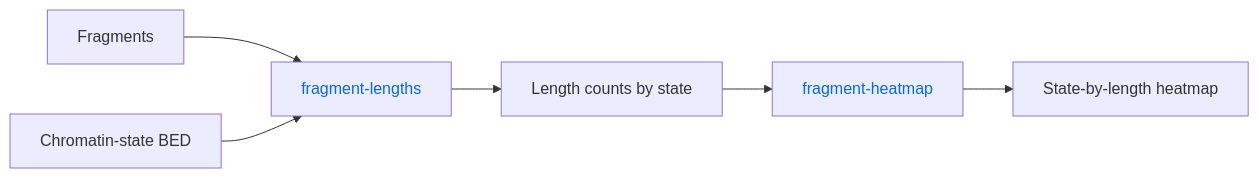
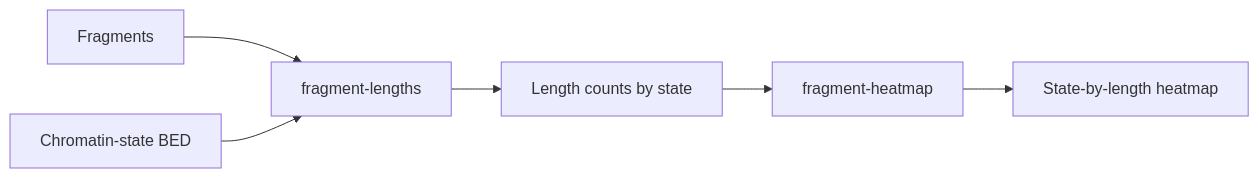
One commit to adjohnston85/NucleoSuite changed diagram 15 of 18 in docs/WORKFLOWS.md. Above: the diagram before and after it, drawn with Mermaid. The commit also changed other lines of this file and 84 other files, not shown here.

````diff
--- a/docs/WORKFLOWS.md
+++ b/docs/WORKFLOWS.md
@@ -403,13 +352,8 @@
 ```mermaid
 flowchart LR
     A[Fragments] --> C[fragment-lengths]
     B[Chromatin-state BED] --> C
     C --> D[Length counts by state]
     D --> E[fragment-heatmap]
     E --> F[State-by-length heatmap]
-
-    classDef commandLink color:#0969da,text-decoration:none;
-    class C,E commandLink;
-    click C href "https://github.com/adjohnston85/NucleoSuite/blob/main/docs/commands/fragment-lengths.md" "Open fragment-lengths documentation"
-    click E href "https://github.com/adjohnston85/NucleoSuite/blob/main/docs/commands/fragment-heatmap.md" "Open fragment-heatmap documentation"
 ```
````
